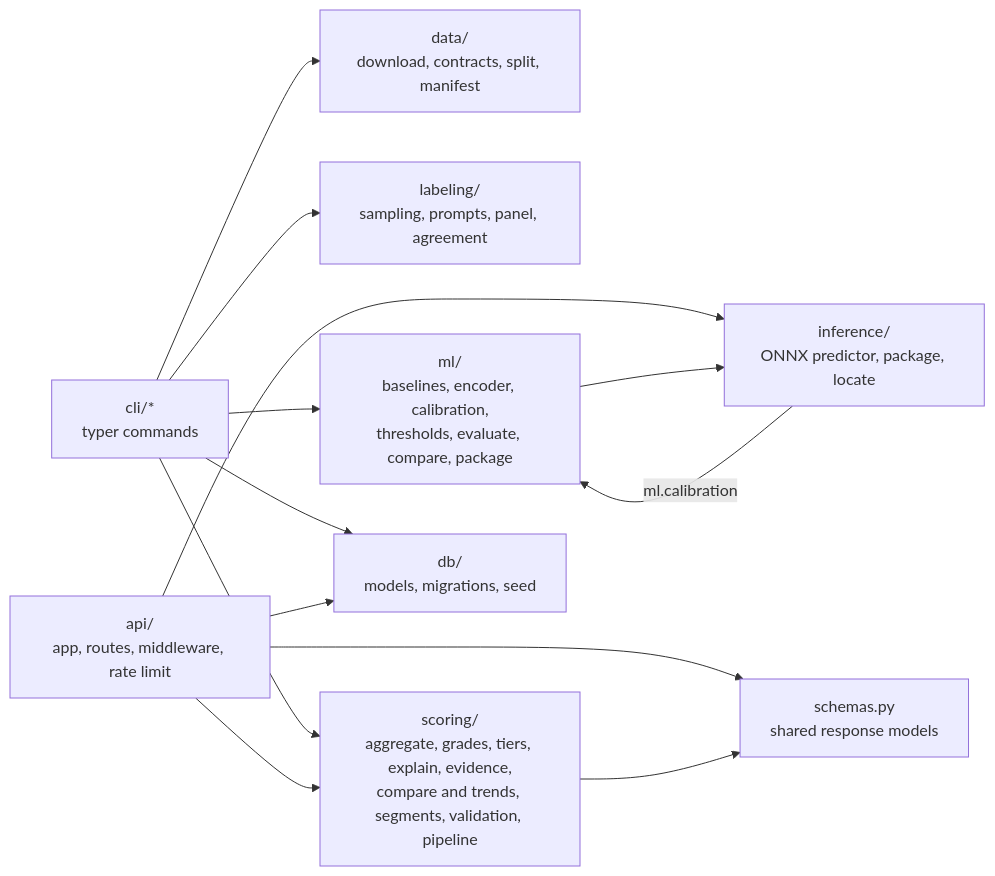
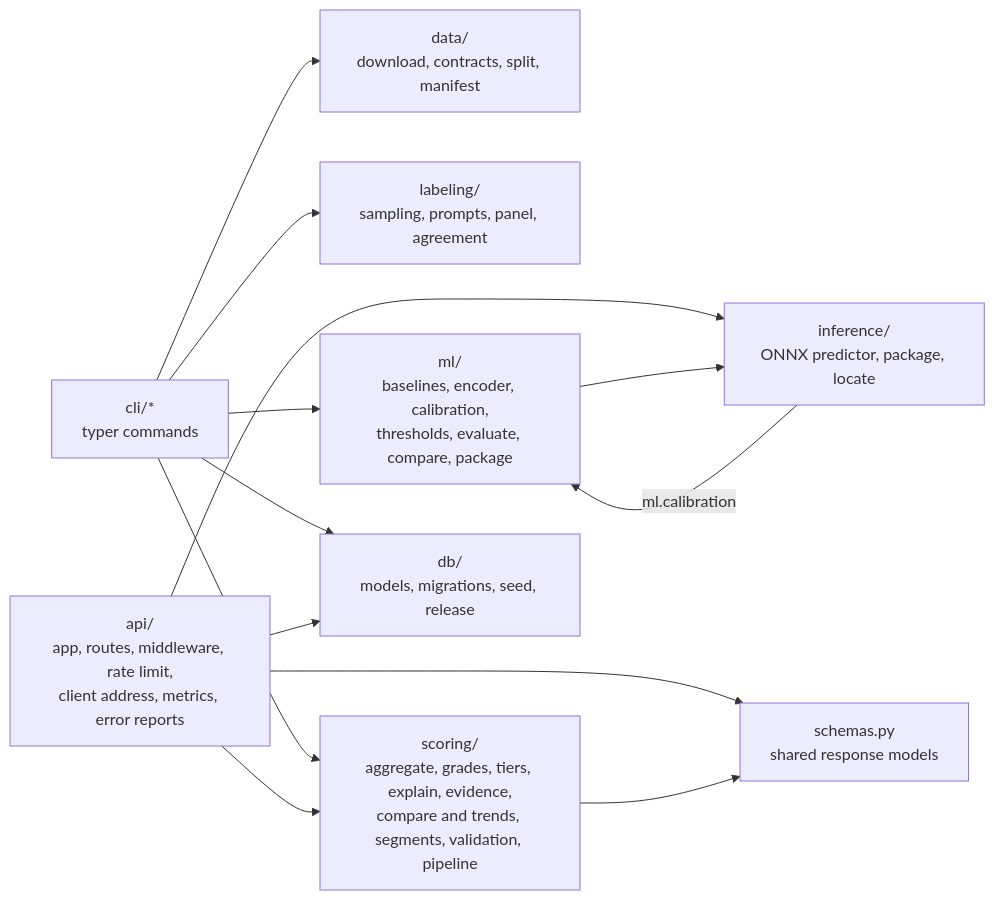
The third of 3 diagrams in docs/architecture/README.md (amit-badave-04/hotel-curator), drawn with Mermaid before and after one commit. The commit also changed other lines of this file and 34 other files, not shown here.

````diff
--- a/docs/architecture/README.md
+++ b/docs/architecture/README.md
@@ -90,16 +90,16 @@
 ```mermaid
 flowchart LR
   cli[cli/*<br/>typer commands] --> data & labeling & ml & scoring & db
   data[data/<br/>download, contracts, split, manifest]
   labeling[labeling/<br/>sampling, prompts, panel, agreement]
   ml[ml/<br/>baselines, encoder, calibration,<br/>thresholds, evaluate, compare, package]
   scoring[scoring/<br/>aggregate, grades, tiers, explain, evidence,<br/>compare and trends, segments, validation, pipeline]
   inference[inference/<br/>ONNX predictor, package, locate]
-  api[api/<br/>app, routes, middleware, rate limit]
-  db[db/<br/>models, migrations, seed]
+  api[api/<br/>app, routes, middleware, rate limit,<br/>client address, metrics, error reports]
+  db[db/<br/>models, migrations, seed, release]
   schemas[schemas.py<br/>shared response models]
   api --> db & inference & schemas & scoring
   scoring --> schemas
   ml --> inference
   inference -->|ml.calibration| ml
 ```
````
